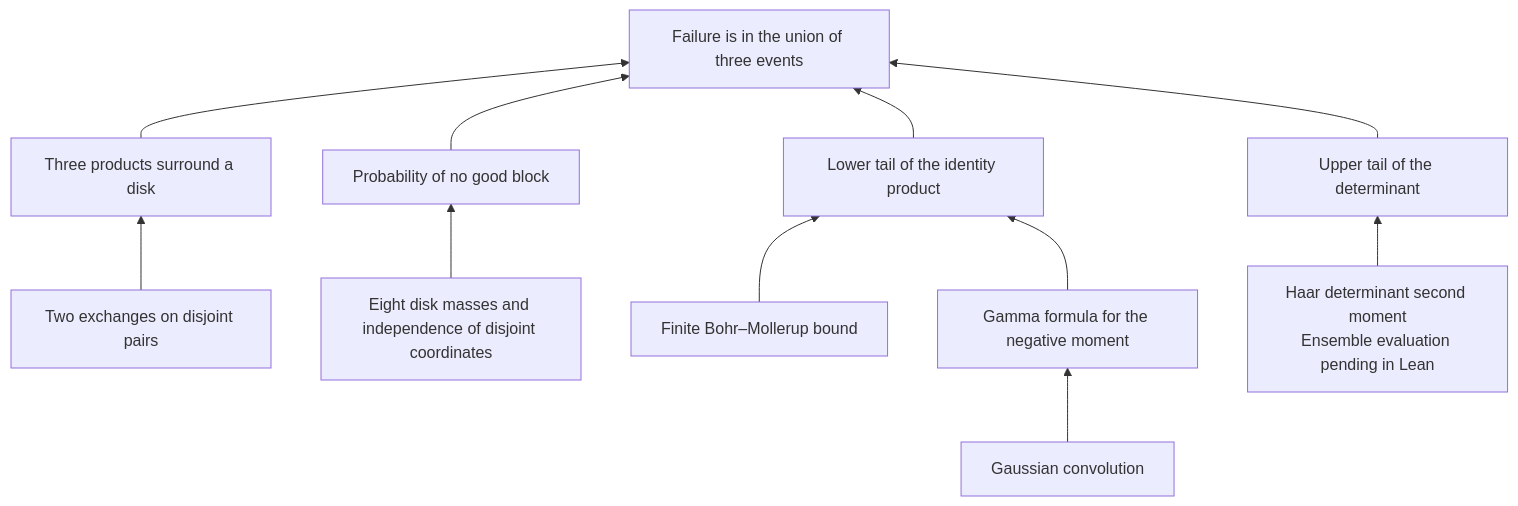
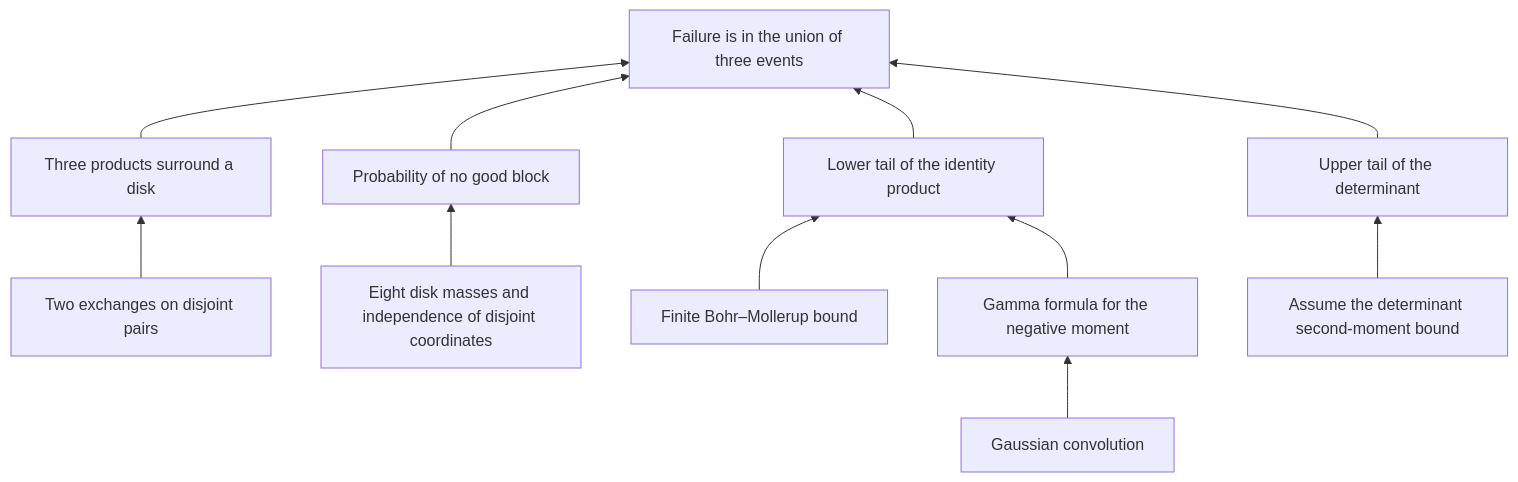
Before and after one commit to ascendnoosphere/MOC: the diagram in Docs/gaussian-spectra-and-haar-mixers-proof-map.md, drawn with Mermaid. The commit also changed other lines of this file and 148 other files, not shown here.

````diff
--- a/Docs/gaussian-spectra-and-haar-mixers-proof-map.md
+++ b/Docs/gaussian-spectra-and-haar-mixers-proof-map.md
@@ -23,13 +23,13 @@
 ```mermaid
 flowchart BT
     A["Two exchanges on disjoint pairs"] --> S["Three products surround a disk"]
     G["Eight disk masses and independence of disjoint coordinates"] --> B["Probability of no good block"]
     C["Gaussian convolution"] --> N["Gamma formula for the negative moment"]
     L["Finite Bohr–Mollerup bound"] --> P["Lower tail of the identity product"]
     N --> P
-    H["Haar determinant second moment<br/>Ensemble evaluation pending in Lean"] --> D["Upper tail of the determinant"]
+    H["Assume the determinant second-moment bound"] --> D["Upper tail of the determinant"]
     S --> U["Failure is in the union of three events"]
     B --> U
     P --> U
     D --> U
 ```
````
